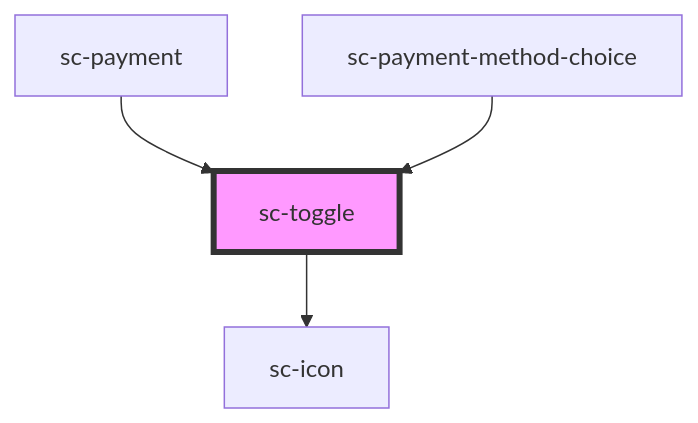
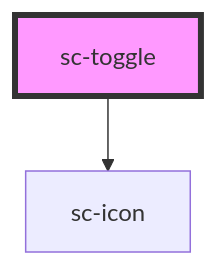
Before and after one commit to surecart/surecart-wp-plugin: the diagram in packages/components/src/components/ui/sc-toggle/readme.md, drawn with Mermaid. The commit also changed other lines of this file and 18 other files, not shown here.

````diff
--- a/packages/components/src/components/ui/sc-toggle/readme.md
+++ b/packages/components/src/components/ui/sc-toggle/readme.md
@@ -54,7 +49,5 @@
 ```mermaid
 graph TD;
   sc-toggle --> sc-icon
-  sc-payment --> sc-toggle
-  sc-payment-method-choice --> sc-toggle
   style sc-toggle fill:#f9f,stroke:#333,stroke-width:4px
 ```
````
